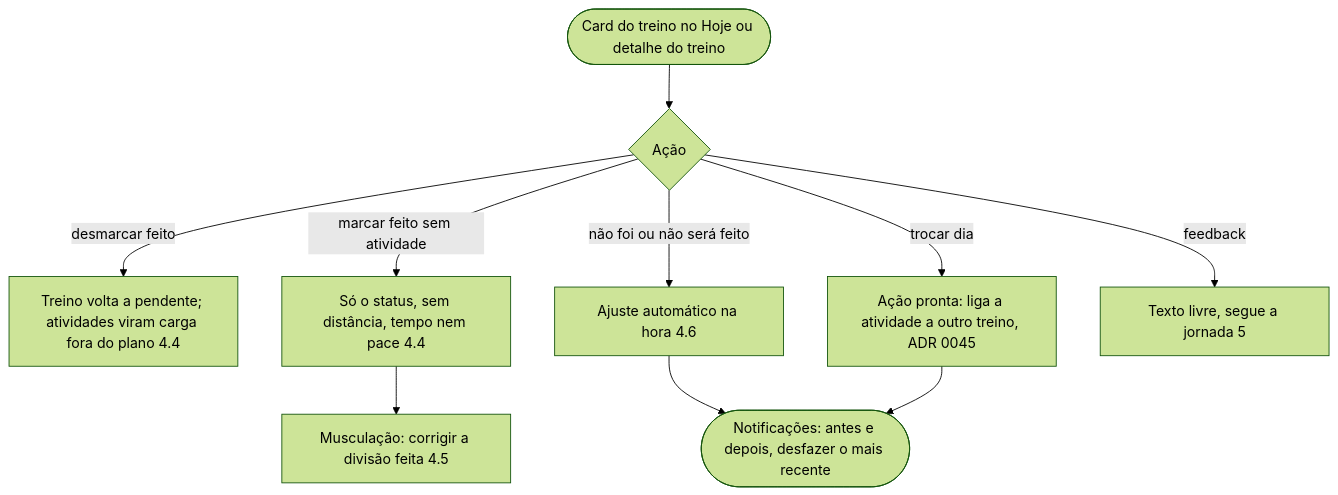
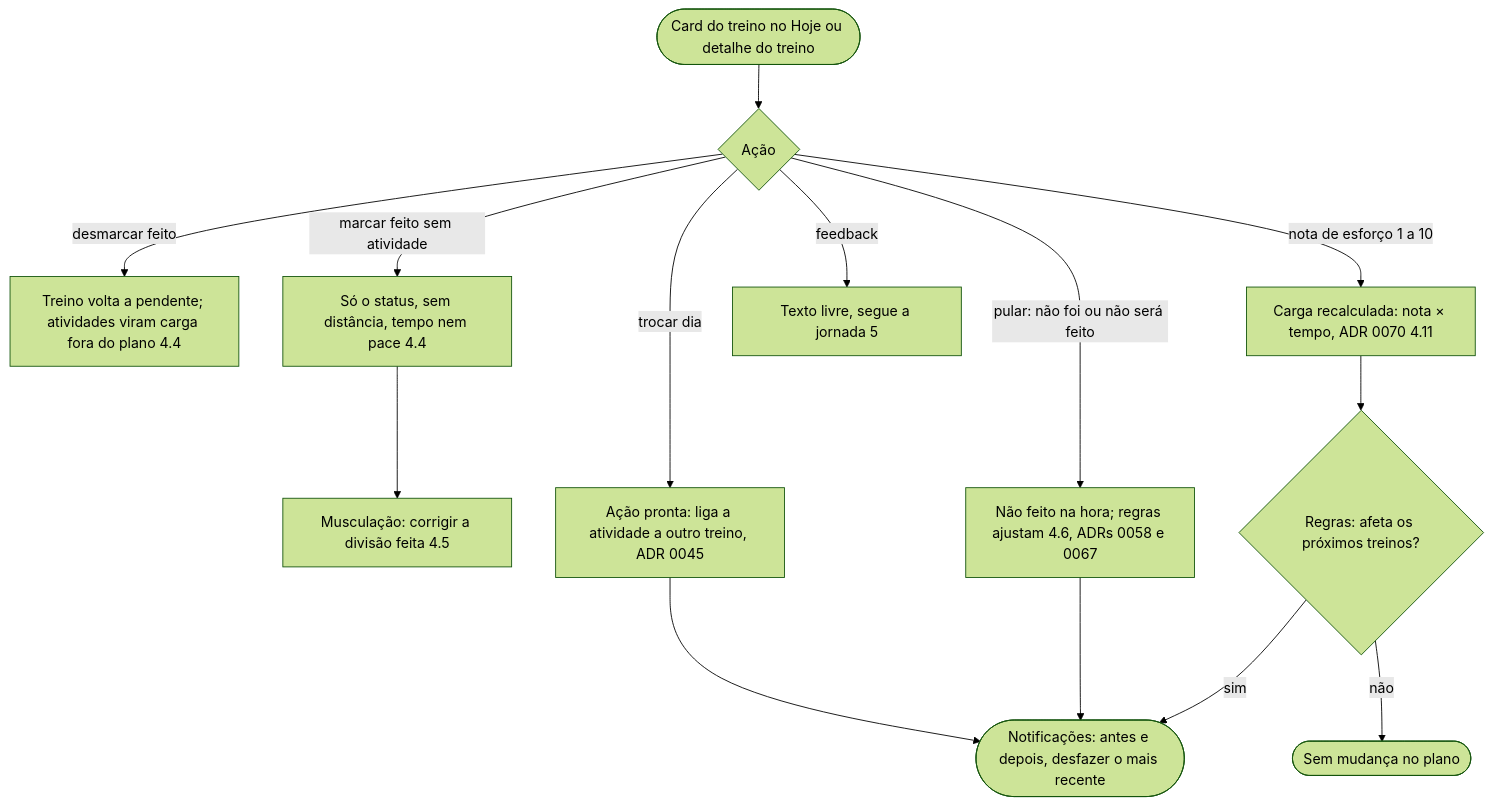
Before and after one commit to cruzvini/app-corrida: the fifth of 11 diagrams in docs/fluxos.md, drawn with Mermaid (forest theme). The commit also changed other lines of this file and 2 other files, not shown here.

````diff
--- a/docs/fluxos.md
+++ b/docs/fluxos.md
@@ -140,12 +145,16 @@
 ```mermaid
 flowchart TD
   A([Card do treino no Hoje ou detalhe do treino]) --> B{Ação}
   B -- desmarcar feito --> C[Treino volta a pendente; atividades viram carga fora do plano 4.4]
   B -- marcar feito sem atividade --> D[Só o status, sem distância, tempo nem pace 4.4]
   D --> D1[Musculação: corrigir a divisão feita 4.5]
-  B -- não foi ou não será feito --> E[Ajuste automático na hora 4.6]
+  B -- pular: não foi ou não será feito --> E[Não feito na hora; regras ajustam 4.6, ADRs 0058 e 0067]
+  B -- nota de esforço 1 a 10 --> NE[Carga recalculada: nota × tempo, ADR 0070 4.11]
+  NE --> NE1{Regras: afeta os próximos treinos?}
+  NE1 -- sim --> N
+  NE1 -- não --> FIM([Sem mudança no plano])
   B -- trocar dia --> F[Ação pronta: liga a atividade a outro treino, ADR 0045]
   B -- feedback --> G[Texto livre, segue a jornada 5]
   E --> N([Notificações: antes e depois, desfazer o mais recente])
   F --> N
 ```
````
